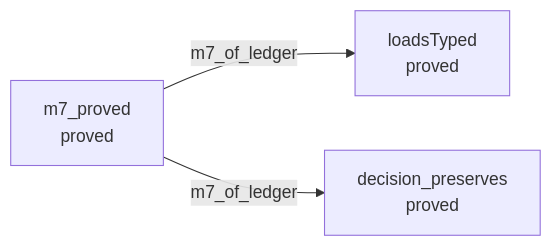
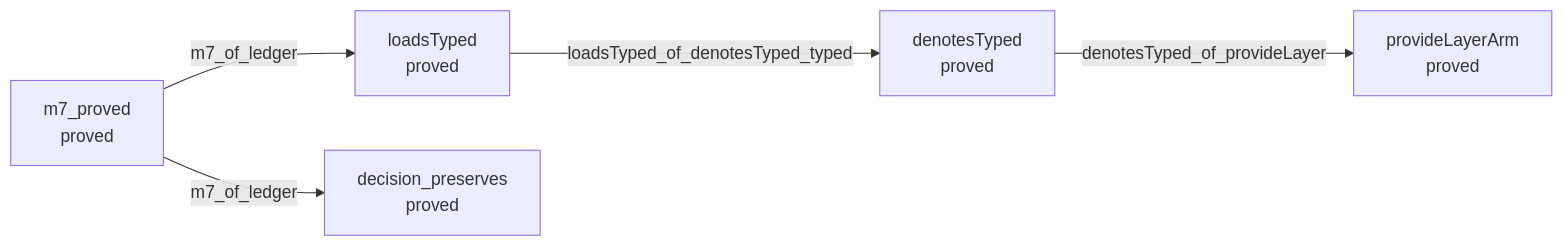
The first of 2 diagrams in generated/semantics.md (pure-algebra/lean4-effect4), drawn with Mermaid before and after one commit. The commit also changed other lines of this file and 1 other file, not shown here.

Commit message:
Plan: R9's spine through M5 — loadsTyped and denotesTyped reductions
Two registered reductions, each kernel-checked as an edge: loadsTyped by
loadsTyped_of_denotesTyped_typed to denotesTyped, and denotesTyped by
denotesTyped_of_provideLayer to provideLayerArm. The R9 graph in generated/semantics.md now runs
m7_proved → loadsTyped, decision_preserves; loadsTyped → denotesTyped → provideLayerArm, with
each proved node's nearest nodes and the tree lemmas and definitions on the way.

````diff
--- a/generated/semantics.md
+++ b/generated/semantics.md
@@ -1406,8 +1406,12 @@
 ```mermaid
 flowchart LR
   n0["m7_proved<br/>proved"]
   n1["loadsTyped<br/>proved"]
   n2["decision_preserves<br/>proved"]
+  n3["denotesTyped<br/>proved"]
+  n4["provideLayerArm<br/>proved"]
   n0 -->|"m7_of_ledger"| n1
   n0 -->|"m7_of_ledger"| n2
+  n1 -->|"loadsTyped_of_denotesTyped_typed"| n3
+  n3 -->|"denotesTyped_of_provideLayer"| n4
 ```
````
